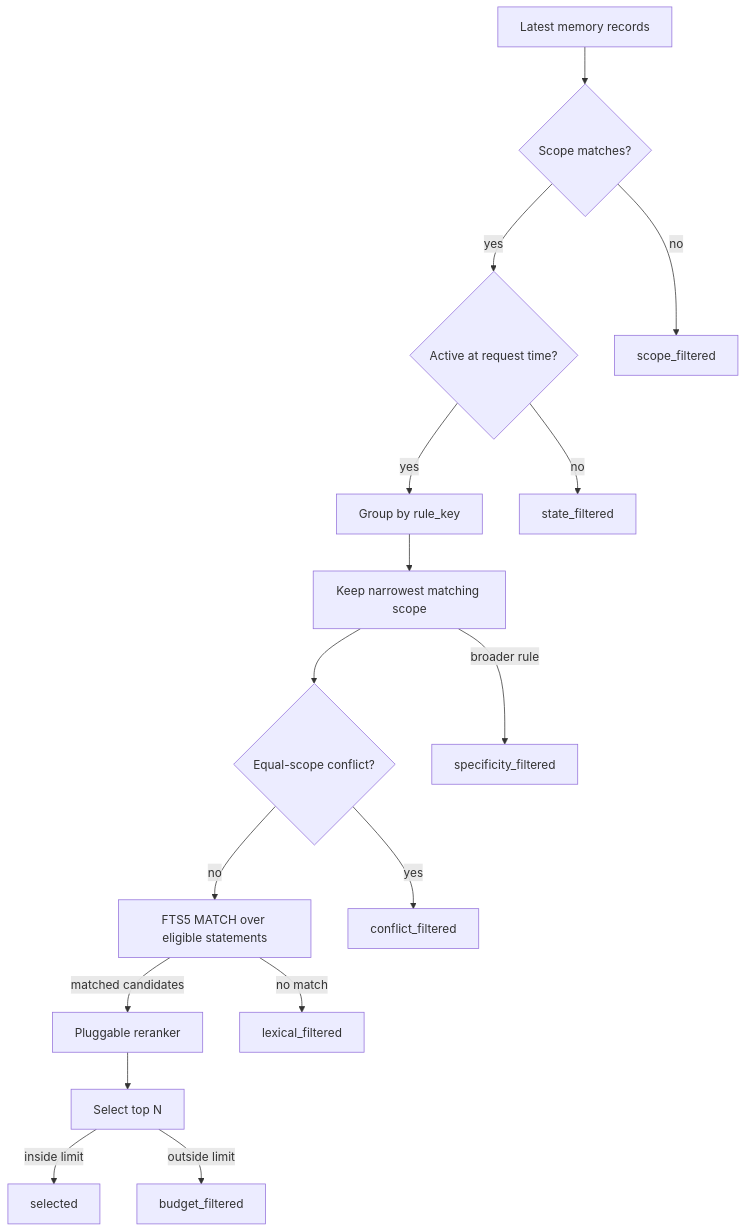
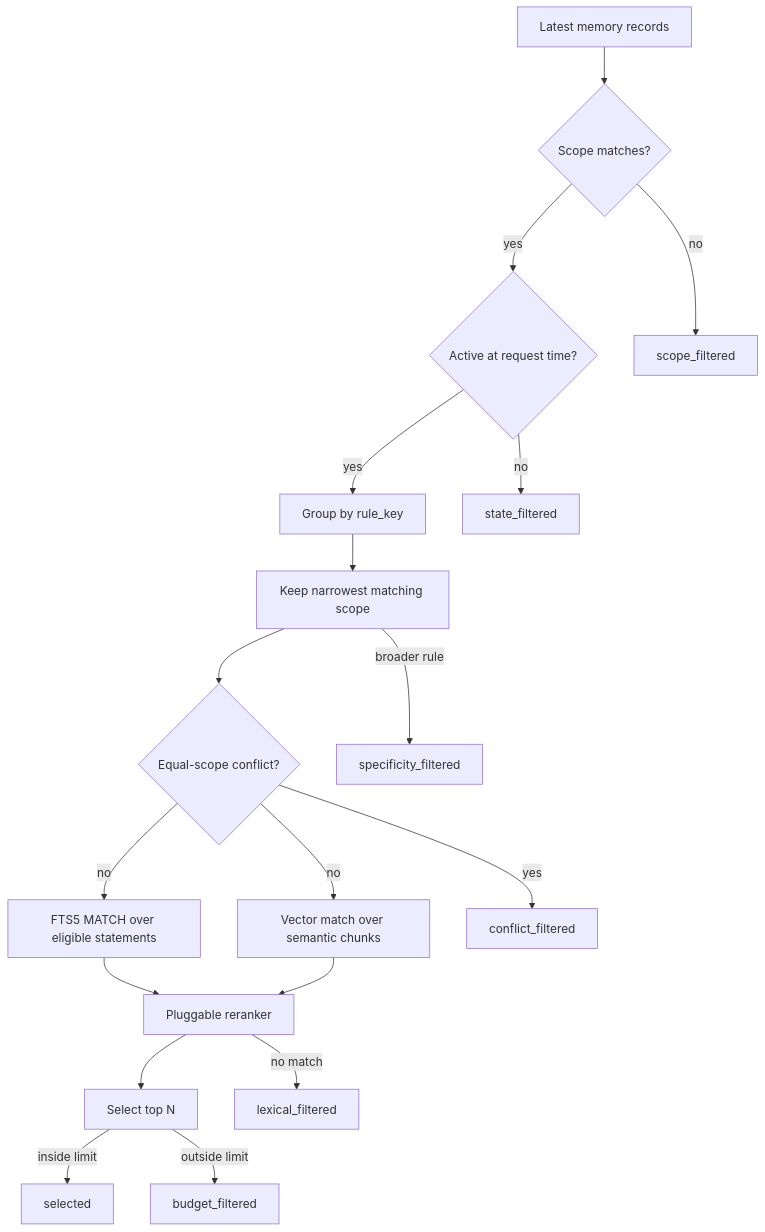
One commit to algeor/memory-loom changed the second of 5 diagrams in design/retrieval-architecture.md. Above: the diagram before and after it, drawn with Mermaid. The commit also changed other lines of this file and 21 other files, not shown here.

````diff
--- a/design/retrieval-architecture.md
+++ b/design/retrieval-architecture.md
@@ -49,28 +53,31 @@
 ```mermaid
 flowchart TB
     All[Latest memory records]
     ScopeFilter{Scope matches?}
     StateFilter{Active at request time?}
     RuleGroup[Group by rule_key]
     Specificity[Keep narrowest matching scope]
     Conflict{Equal-scope conflict?}
     Search[FTS5 MATCH over eligible statements]
+    Vector[Vector match over semantic chunks]
     Rerank[Pluggable reranker]
     Select[Select top N]
 
     All --> ScopeFilter
     ScopeFilter -->|no| ScopeOut[scope_filtered]
     ScopeFilter -->|yes| StateFilter
     StateFilter -->|no| StateOut[state_filtered]
     StateFilter -->|yes| RuleGroup
     RuleGroup --> Specificity
     Specificity -->|broader rule| SpecificityOut[specificity_filtered]
     Specificity --> Conflict
     Conflict -->|yes| ConflictOut[conflict_filtered]
     Conflict -->|no| Search
-    Search -->|no match| LexicalOut[lexical_filtered]
-    Search -->|matched candidates| Rerank
+    Conflict -->|no| Vector
+    Search --> Rerank
+    Vector --> Rerank
+    Rerank -->|no match| LexicalOut[lexical_filtered]
     Rerank --> Select
     Select -->|inside limit| Selected[selected]
     Select -->|outside limit| BudgetOut[budget_filtered]
 ```
````
